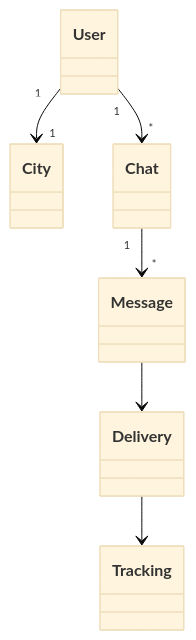
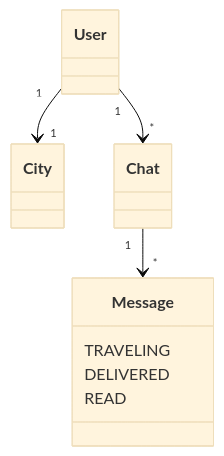
Before and after one commit to lenodeoliveira/corvo-zap: the third of 4 diagrams in README.md, drawn with Mermaid (base theme). The commit also changed other lines of this file, not shown here.

````diff
--- a/README.md
+++ b/README.md
@@ -193,13 +256,13 @@
 ```mermaid
 classDiagram
 
 User "1" --> "1" City
 
 User "1" --> "*" Chat
 
 Chat "1" --> "*" Message
 
-Message --> Delivery
-
-Delivery --> Tracking
+Message : TRAVELING
+Message : DELIVERED
+Message : READ
 ```
````
